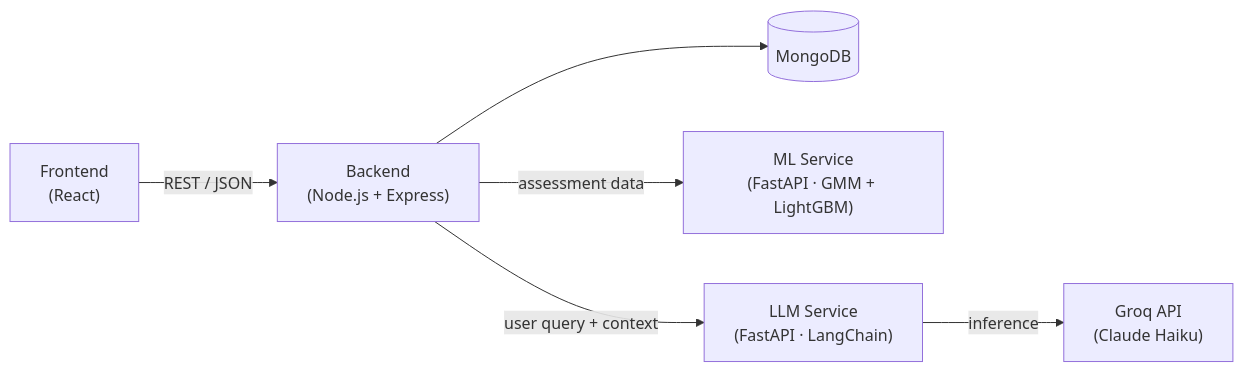
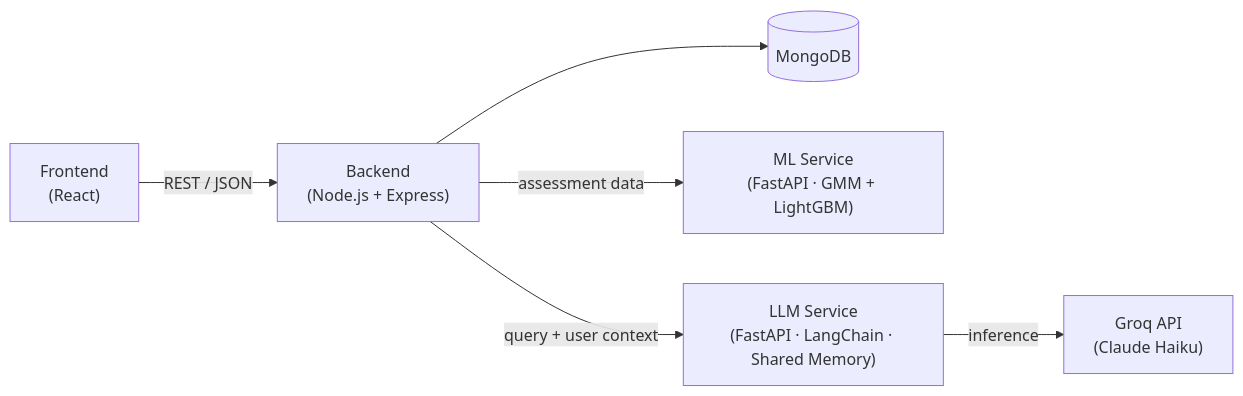
Before and after one commit to DevSharma03/LifeSync: the diagram in README.md, drawn with Mermaid. The commit also changed other lines of this file, not shown here.

````diff
--- a/README.md
+++ b/README.md
@@ -58,8 +75,8 @@
 ```mermaid
 flowchart LR
     FE["Frontend<br/>(React)"] -->|REST / JSON| BE["Backend<br/>(Node.js + Express)"]
     BE --> DB[("MongoDB")]
     BE -->|assessment data| ML["ML Service<br/>(FastAPI · GMM + LightGBM)"]
-    BE -->|user query + context| LLM["LLM Service<br/>(FastAPI · LangChain)"]
+    BE -->|query + user context| LLM["LLM Service<br/>(FastAPI · LangChain · Shared Memory)"]
     LLM -->|inference| GROQ["Groq API<br/>(Claude Haiku)"]
 ```
````
